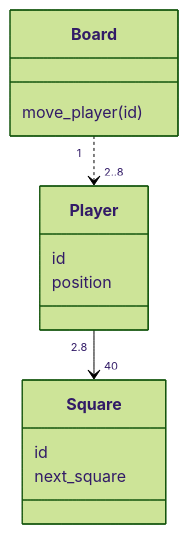
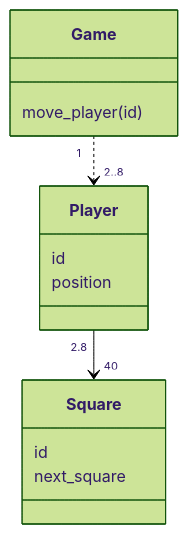
One commit to Gaberol/ot-harjoitustyo changed the diagram in laskarit/viikko3/monopoli.md. Above: the diagram before and after it, drawn with Mermaid (forest theme).

````diff
--- a/laskarit/viikko3/monopoli.md
+++ b/laskarit/viikko3/monopoli.md
@@ -1,16 +1,16 @@
 ```mermaid
  classDiagram
- Board "1" ..> "2..8" Player
+ Game "1" ..> "2..8" Player
  Player "2.8" --> "40" Square
- class Board{
+ class Game{
      move_player(id)
  }
  class Player{
      id
      position
  }
  class Square{
      id
      next_square
  }
 ```
````
